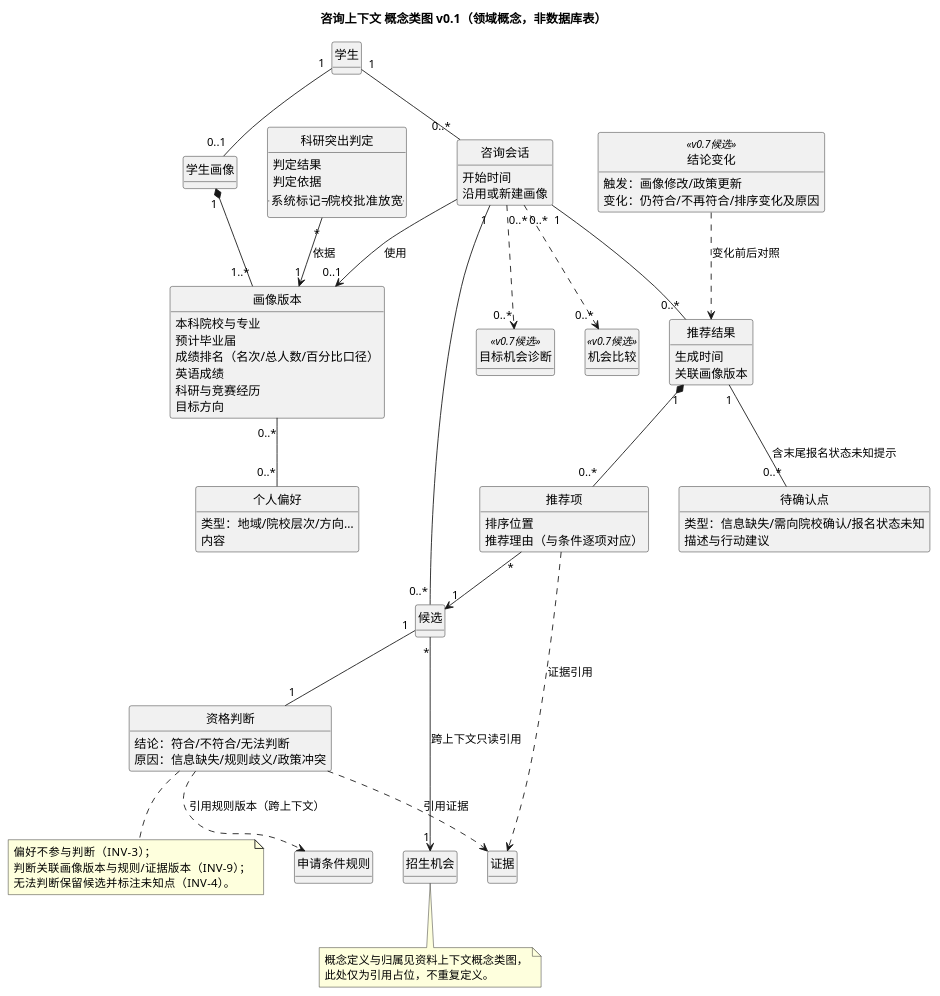
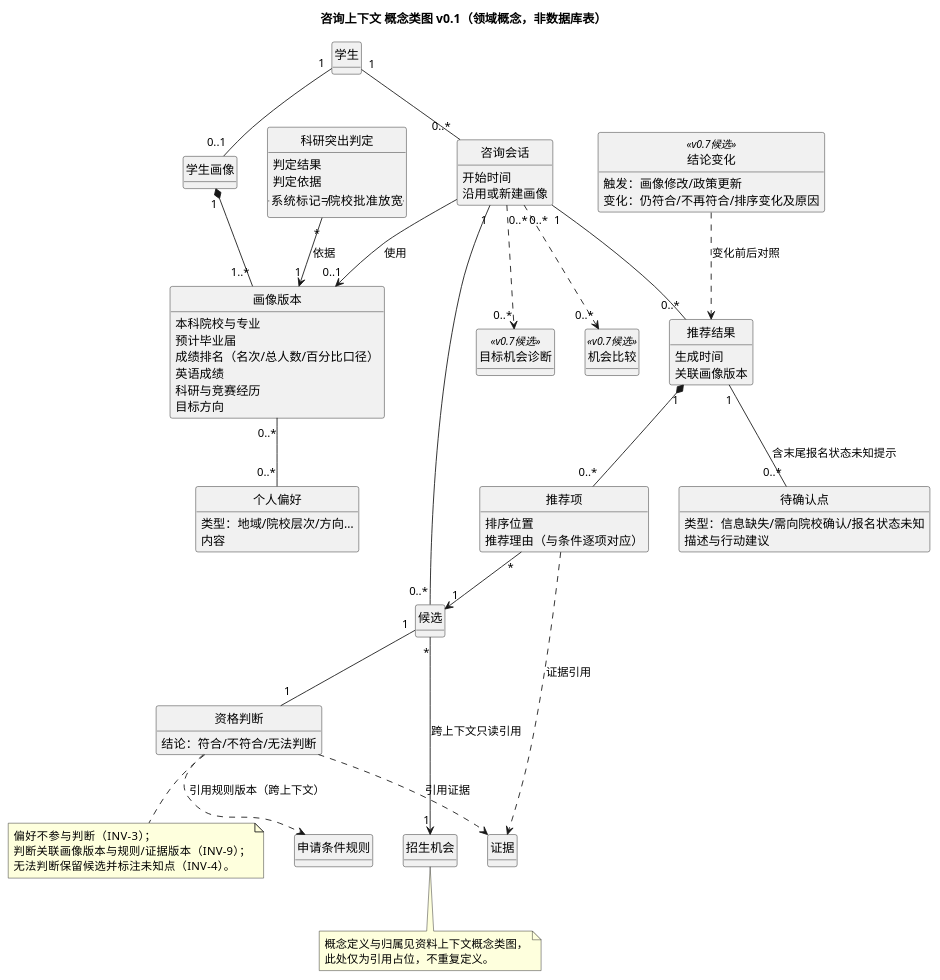
Before and after one commit to Zewang0217/yantu-youju: the diagram in AI文档/05_需求分析/PlantUML/03_咨询上下文_概念类图.puml, drawn with PlantUML. The commit also changed 9 other files, not shown here.

```diff
--- a/AI文档/05_需求分析/PlantUML/03_咨询上下文_概念类图.puml
+++ b/AI文档/05_需求分析/PlantUML/03_咨询上下文_概念类图.puml
@@ -1,94 +1,94 @@
 @startuml
 ' 作者：ZCode（AI助手）
 ' 创建日期：2026-10-23
 ' 状态：领域模型草稿v0.1，待用户审阅；概念类图，属性为领域描述而非存储字段
 ' 对应文档：../领域与信息模型.md §4
 title 咨询上下文 概念类图 v0.1（领域概念，非数据库表）
 hide circle
 hide methods
 skinparam shadowing false
 skinparam classAttributeIconSize 0
 
 class 学生
 class 学生画像
 class 画像版本 {
   本科院校与专业
   预计毕业届
   成绩排名（名次/总人数/百分比口径）
   英语成绩
   科研与竞赛经历
   目标方向
 }
 class 个人偏好 {
   类型：地域/院校层次/方向…
   内容
 }
 class 咨询会话 {
   开始时间
   沿用或新建画像
 }
 class 科研突出判定 {
   判定结果
   判定依据
   ..系统标记≠院校批准放宽..
 }
 class 候选
 class 资格判断 {
   结论：符合/不符合/无法判断
-  原因：信息缺失/规则歧义/政策冲突
+  原因：信息缺失/规则歧义/政策冲突/条款未结构化(降级INV-13)
 }
 class 推荐结果 {
   生成时间
   关联画像版本
 }
 class 推荐项 {
   排序位置
   推荐理由（与条件逐项对应）
 }
 class 待确认点 {
   类型：信息缺失/需向院校确认/报名状态未知
   描述与行动建议
 }
 class 结论变化 <<v0.7候选>> {
   触发：画像修改/政策更新
   变化：仍符合/不再符合/排序变化及原因
 }
 class 目标机会诊断 <<v0.7候选>>
 class 机会比较 <<v0.7候选>>
 
 together {
   class 招生机会
   class 申请条件规则
   class 证据
 }
 
 学生 "1" -- "0..1" 学生画像
 学生画像 "1" *-- "1..*" 画像版本
 画像版本 "0..*" -- "0..*" 个人偏好
 学生 "1" -- "0..*" 咨询会话
 咨询会话 --> "0..1" 画像版本 : 使用
 科研突出判定 "*" --> "1" 画像版本 : 依据
 咨询会话 "1" -- "0..*" 候选
 候选 "*" --> "1" 招生机会 : 跨上下文只读引用
 候选 "1" -- "1" 资格判断
 资格判断 ..> 申请条件规则 : 引用规则版本（跨上下文）
 资格判断 ..> 证据 : 引用证据
 咨询会话 "1" -- "0..*" 推荐结果
 推荐结果 "1" *-- "0..*" 推荐项
 推荐项 "*" --> "1" 候选
 推荐项 ..> 证据 : 证据引用
 推荐结果 "1" -- "0..*" 待确认点 : 含末尾报名状态未知提示
 结论变化 ..> 推荐结果 : 变化前后对照
 咨询会话 "0..*" ..> "0..*" 目标机会诊断
 咨询会话 "0..*" ..> "0..*" 机会比较
 
 note bottom of 招生机会
   概念定义与归属见资料上下文概念类图，
   此处仅为引用占位，不重复定义。
 end note
 note bottom of 资格判断
   偏好不参与判断（INV-3）；
   判断关联画像版本与规则/证据版本（INV-9）；
   无法判断保留候选并标注未知点（INV-4）。
 end note
 @enduml
```
